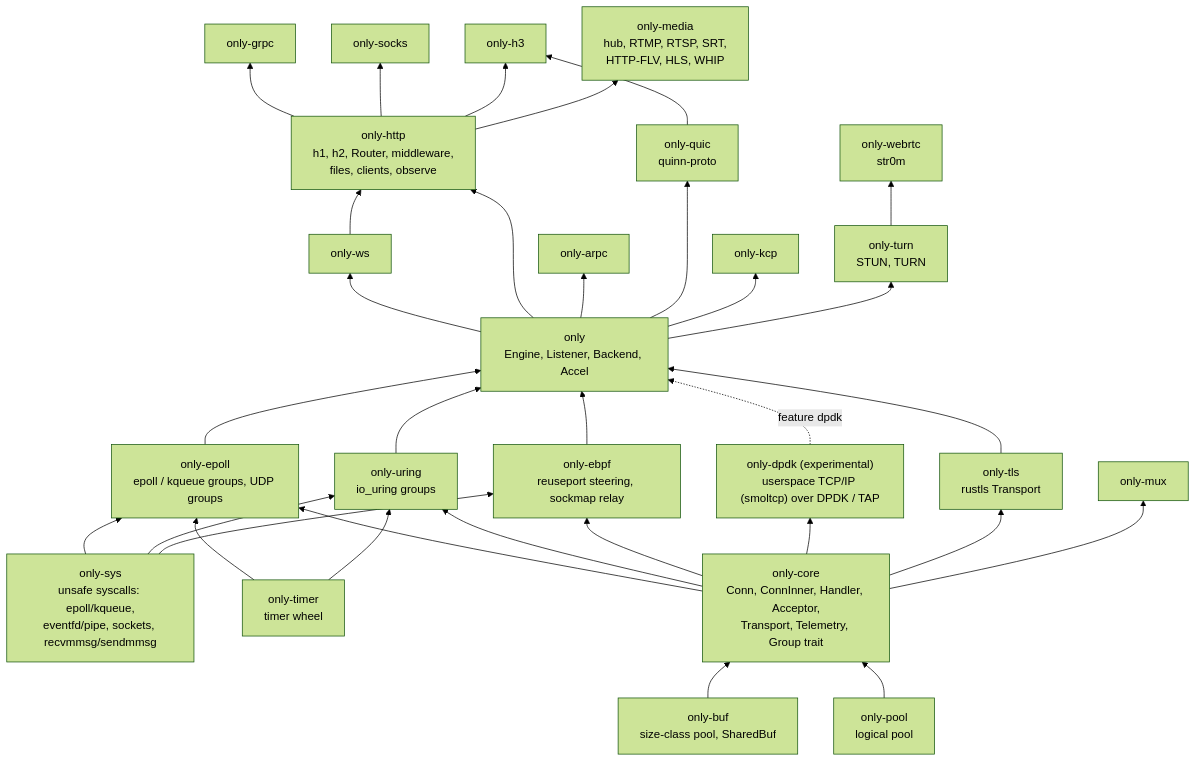
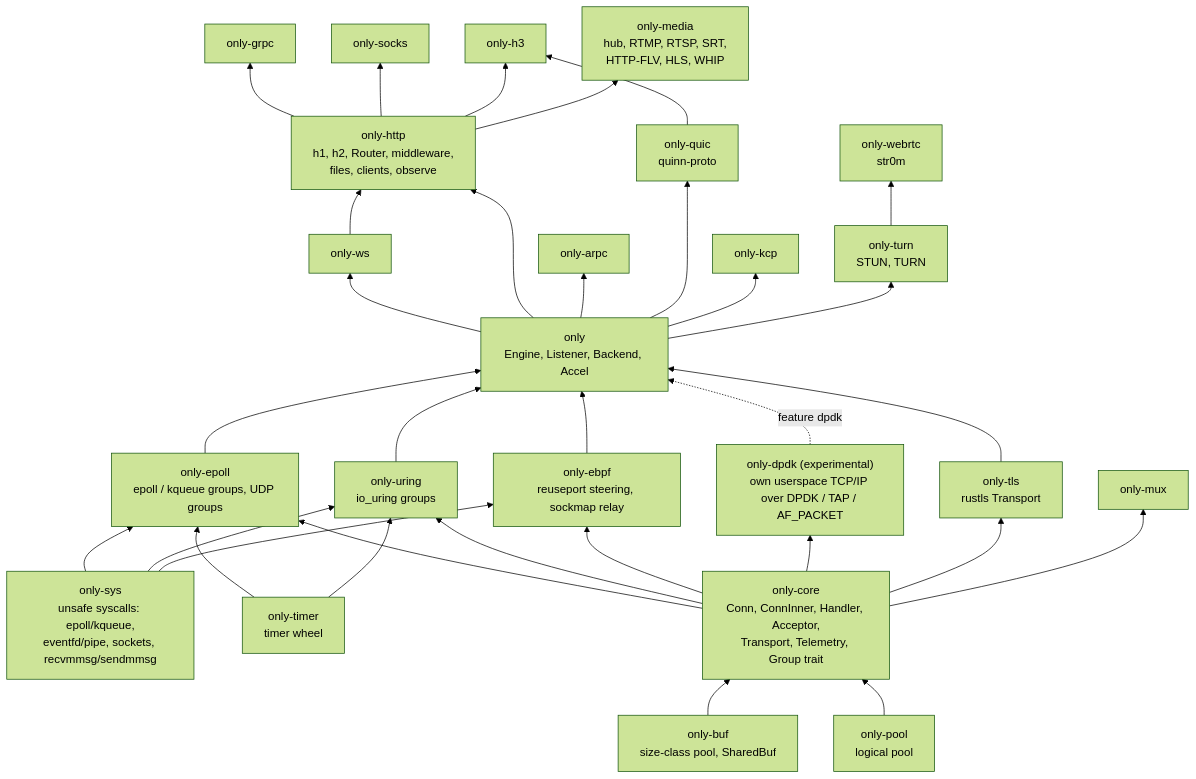
Before and after one commit to lesismal/akio: the first of 6 diagrams in docs/architecture.md, drawn with Mermaid (forest theme). The commit also changed 1029 other files, not shown here.

First line of the commit message:
feat(only-dpdk)!: own userspace TCP/IP stack replacing smoltcp

````diff
--- a/docs/architecture.md
+++ b/docs/architecture.md
@@ -13,58 +13,58 @@
 ```mermaid
 flowchart BT
     sys["only-sys<br/>unsafe syscalls: epoll/kqueue,<br/>eventfd/pipe, sockets, recvmmsg/sendmmsg"]
     buf["only-buf<br/>size-class pool, SharedBuf"]
     timer["only-timer<br/>timer wheel"]
     pool["only-pool<br/>logical pool"]
     core["only-core<br/>Conn, ConnInner, Handler, Acceptor,<br/>Transport, Telemetry, Group trait"]
     epoll["only-epoll<br/>epoll / kqueue groups, UDP groups"]
     uring["only-uring<br/>io_uring groups"]
     ebpf["only-ebpf<br/>reuseport steering, sockmap relay"]
-    dpdk["only-dpdk (experimental)<br/>userspace TCP/IP (smoltcp) over DPDK / TAP"]
+    dpdk["only-dpdk (experimental)<br/>own userspace TCP/IP over DPDK / TAP / AF_PACKET"]
     tls["only-tls<br/>rustls Transport"]
     facade["only<br/>Engine, Listener, Backend, Accel"]
     http["only-http<br/>h1, h2, Router, middleware,<br/>files, clients, observe"]
     ws[only-ws]
     grpc[only-grpc]
     arpc[only-arpc]
     socks[only-socks]
     mux[only-mux]
     quic["only-quic<br/>quinn-proto"]
     h3[only-h3]
     kcp[only-kcp]
     turn["only-turn<br/>STUN, TURN"]
     webrtc["only-webrtc<br/>str0m"]
     media["only-media<br/>hub, RTMP, RTSP, SRT,<br/>HTTP-FLV, HLS, WHIP"]
 
     buf --> core
     pool --> core
     core --> epoll
     sys --> epoll
     timer --> epoll
     core --> uring
     sys --> uring
     timer --> uring
     core --> ebpf
     core --> dpdk
     sys --> ebpf
     core --> tls
     epoll --> facade
     uring --> facade
     ebpf --> facade
     dpdk -.->|feature dpdk| facade
     tls --> facade
     facade --> ws
     facade --> http
     ws --> http
     http --> grpc
     facade --> arpc
     http --> socks
     core --> mux
     facade --> quic
     quic --> h3
     http --> h3
     facade --> kcp
     facade --> turn
     turn --> webrtc
     http --> media
 ```
````
